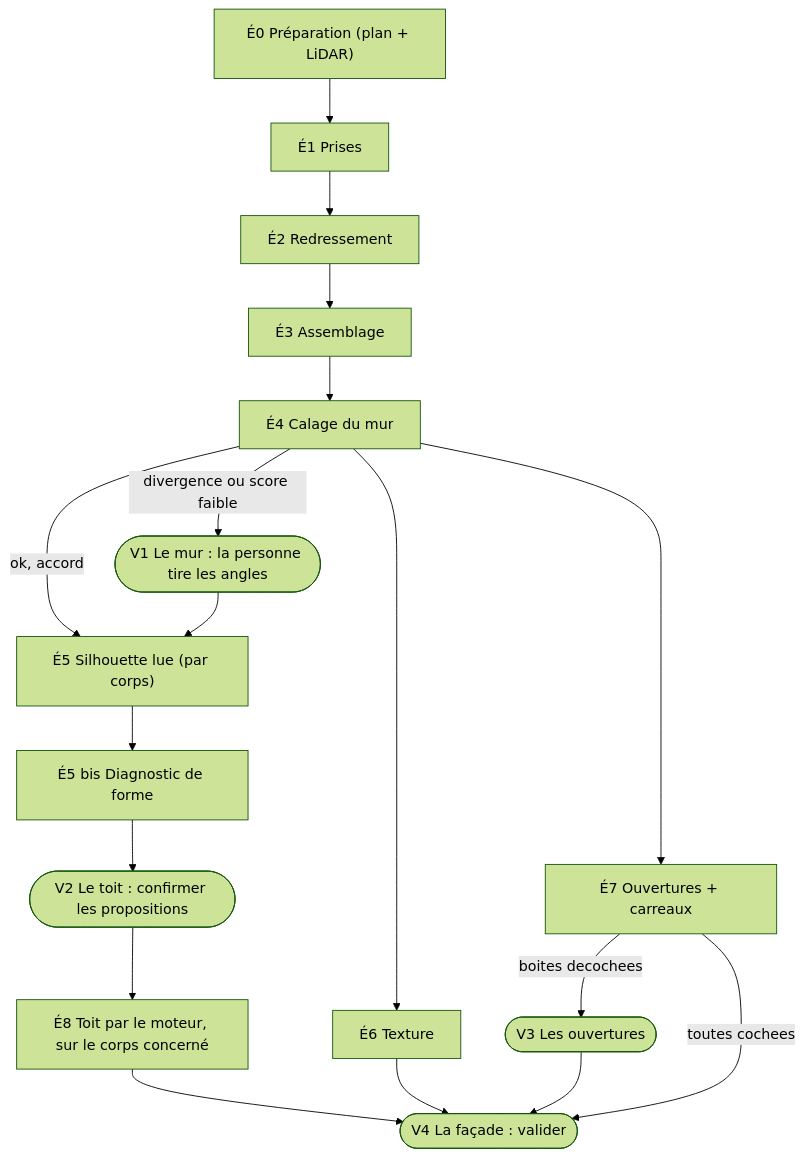
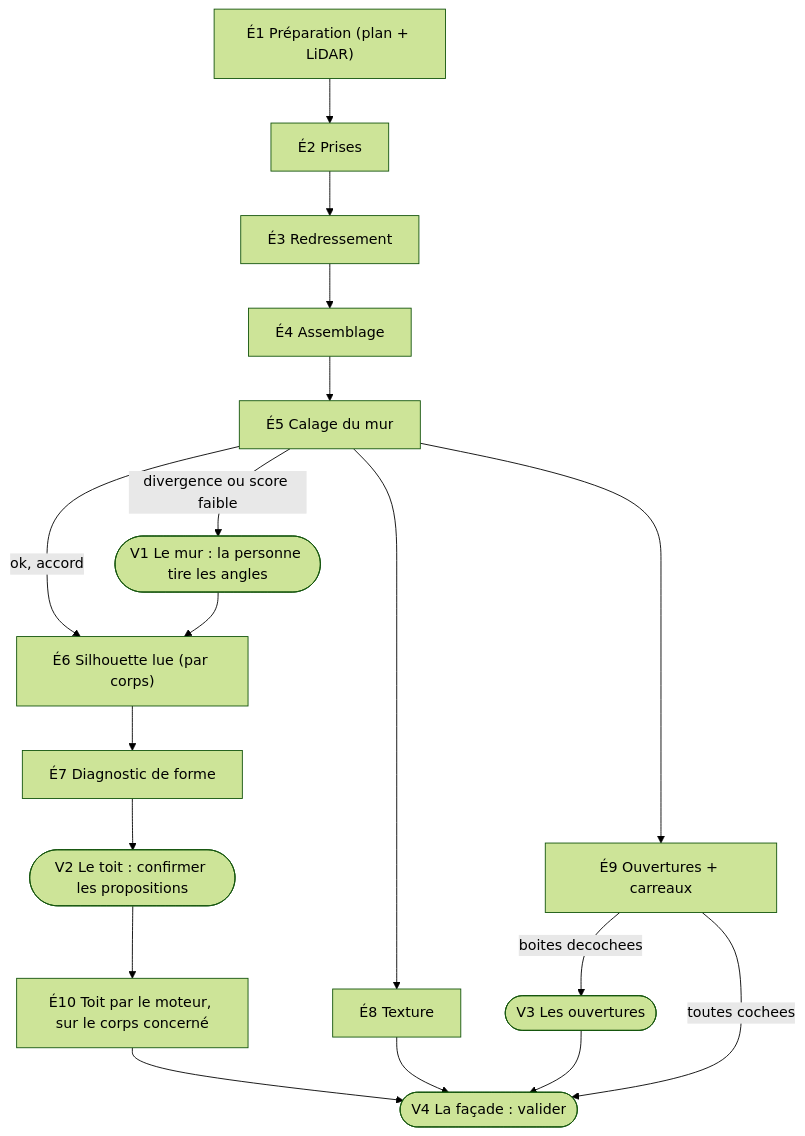
The diagram in MD/spec-facade-calage-audit.md (bertrandra/plan), drawn with Mermaid (forest theme) before and after one commit. The commit also changed other lines of this file and 48 other files, not shown here.

````diff
--- a/MD/spec-facade-calage-audit.md
+++ b/MD/spec-facade-calage-audit.md
@@ -439,20 +439,20 @@
 ```mermaid
 flowchart TD
-  P["É0 Préparation (plan + LiDAR)"] --> C["É1 Prises"]
-  C --> R["É2 Redressement"]
-  R --> A["É3 Assemblage"]
-  A --> M["É4 Calage du mur"]
-  M -->|"ok, accord"| S["É5 Silhouette lue (par corps)"]
+  P["É1 Préparation (plan + LiDAR)"] --> C["É2 Prises"]
+  C --> R["É3 Redressement"]
+  R --> A["É4 Assemblage"]
+  A --> M["É5 Calage du mur"]
+  M -->|"ok, accord"| S["É6 Silhouette lue (par corps)"]
   M -->|"divergence ou score faible"| V1(["V1 Le mur : la personne tire les angles"])
   V1 --> S
-  S --> D["É5 bis Diagnostic de forme"]
+  S --> D["É7 Diagnostic de forme"]
   D --> V2(["V2 Le toit : confirmer les propositions"])
-  V2 --> T["É8 Toit par le moteur, sur le corps concerné"]
-  M --> X["É6 Texture"]
-  M --> O["É7 Ouvertures + carreaux"]
+  V2 --> T["É10 Toit par le moteur, sur le corps concerné"]
+  M --> X["É8 Texture"]
+  M --> O["É9 Ouvertures + carreaux"]
   O -->|"boites decochees"| V3(["V3 Les ouvertures"])
   T --> F(["V4 La façade : valider"])
   X --> F
   V3 --> F
   O -->|"toutes cochees"| F
 ```
````
